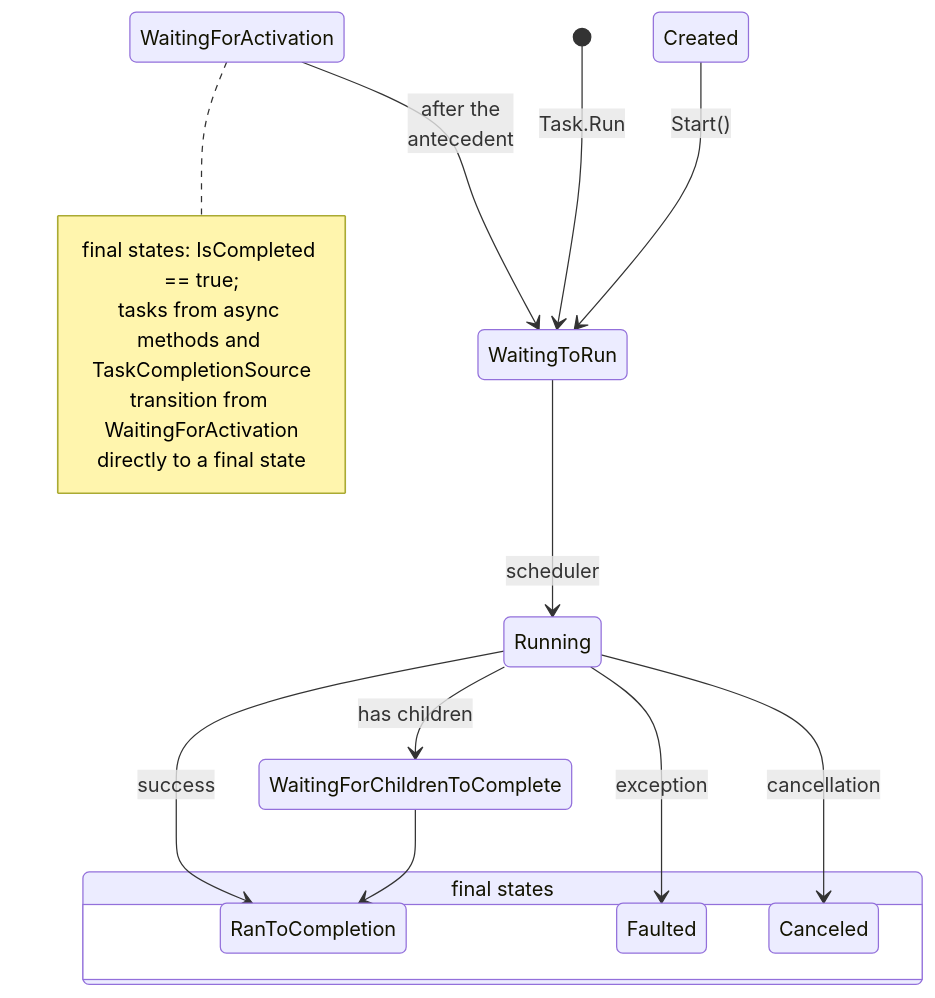
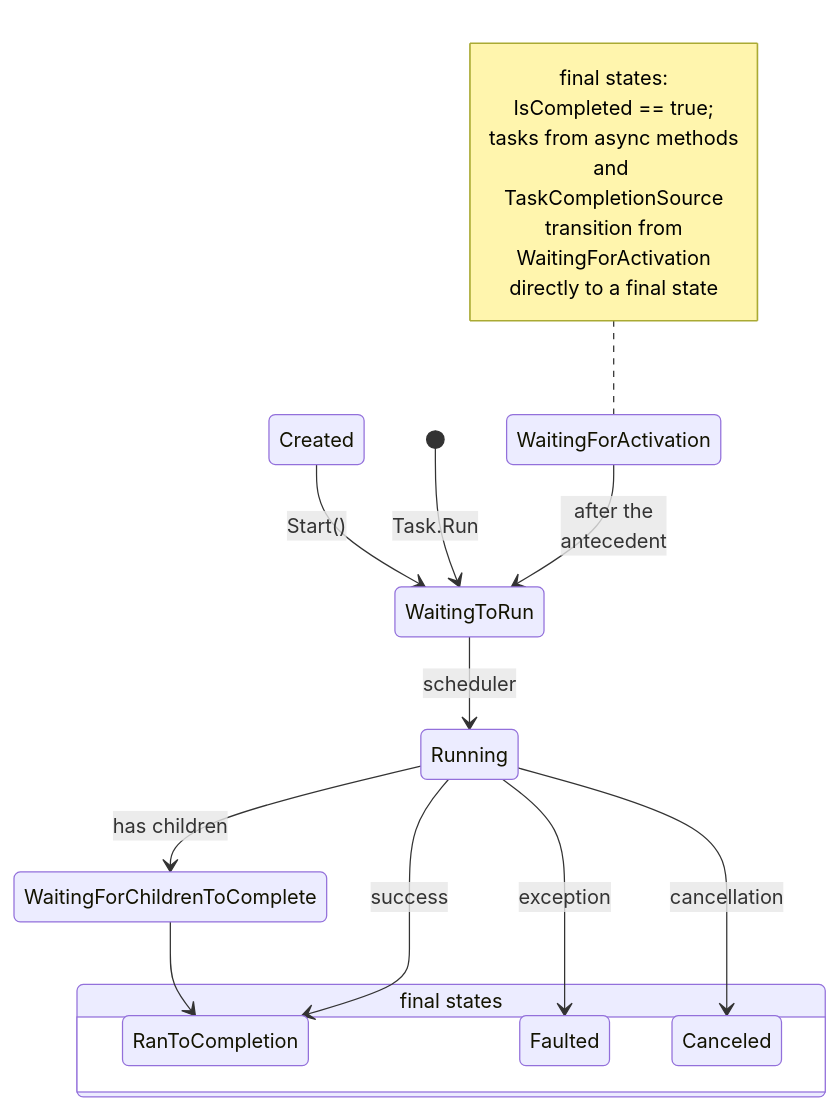
One commit to musicvano/Blog changed the first of 2 diagrams in src/courses/parallel/05-tpl/task-basics.md. Above: the diagram before and after it, drawn with Mermaid. The commit also changed other lines of this file and 583 other files, not shown here.

````diff
--- a/src/courses/parallel/05-tpl/task-basics.md
+++ b/src/courses/parallel/05-tpl/task-basics.md
@@ -58,23 +58,27 @@
 ```mermaid
 stateDiagram-v2
+  direction TB
   Created --> WaitingToRun: Start()
   [*] --> WaitingToRun: Task.Run
   WaitingForActivation --> WaitingToRun: after the<br>antecedent
   WaitingToRun --> Running: scheduler
   Running --> WaitingForChildrenToComplete: has children
   WaitingForChildrenToComplete --> RanToCompletion
   Running --> RanToCompletion: success
   Running --> Faulted: exception
   Running --> Canceled: cancellation
   state "final states" as FINAL {
     RanToCompletion
     Faulted
     Canceled
   }
-  note right of WaitingForActivation
-    final states: IsCompleted == true;
-    tasks from async methods and TaskCompletionSource
-    transition from WaitingForActivation
+  note left of WaitingForActivation
+    final states:
+    IsCompleted == true;
+    tasks from async methods
+    and TaskCompletionSource
+    transition from
+    WaitingForActivation
     directly to a final state
   end note
 ```
````
